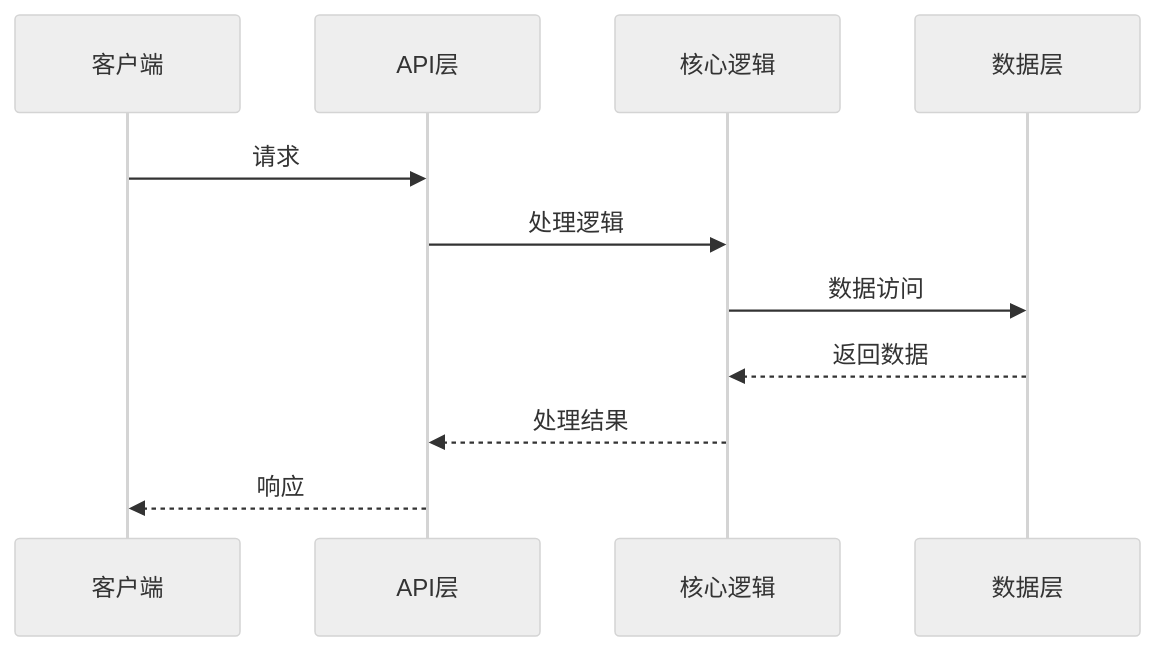
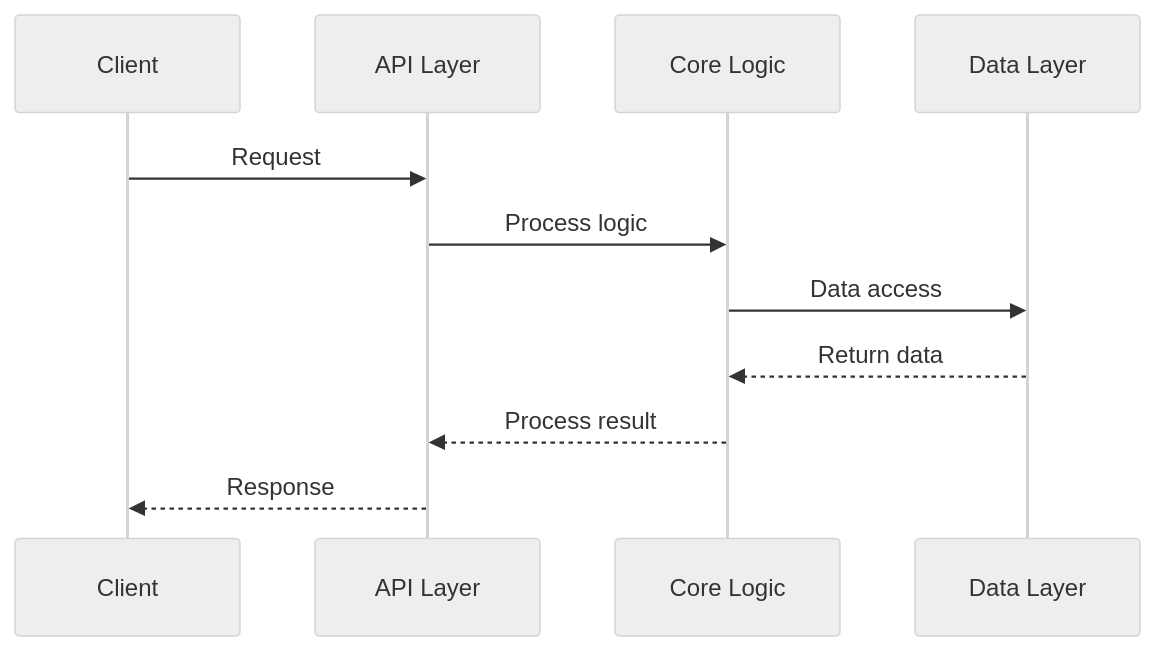
The sixth of 16 diagrams in TEMPLATE.md (mjczz/project-analyzer), drawn with Mermaid (neutral theme) before and after one commit. The commit also changed other lines of this file and 8 other files, not shown here.

````diff
--- a/TEMPLATE.md
+++ b/TEMPLATE.md
@@ -293,14 +293,14 @@
 ```mermaid
 sequenceDiagram
-    participant Client as 客户端
-    participant API as API层
-    participant Core as 核心逻辑
-    participant DB as 数据层
+    participant Client as Client
+    participant API as API Layer
+    participant Core as Core Logic
+    participant DB as Data Layer
 
-    Client->>API: 请求
-    API->>Core: 处理逻辑
-    Core->>DB: 数据访问
-    DB-->>Core: 返回数据
-    Core-->>API: 处理结果
-    API-->>Client: 响应
+    Client->>API: Request
+    API->>Core: Process logic
+    Core->>DB: Data access
+    DB-->>Core: Return data
+    Core-->>API: Process result
+    API-->>Client: Response
 ```
````
